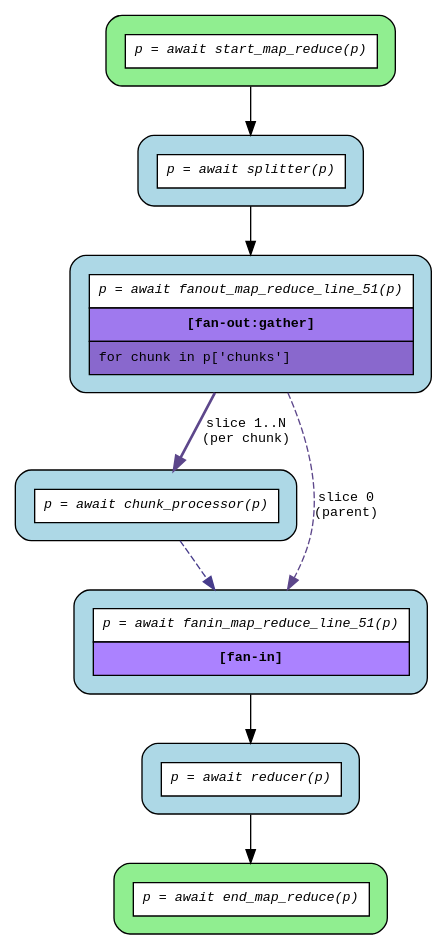
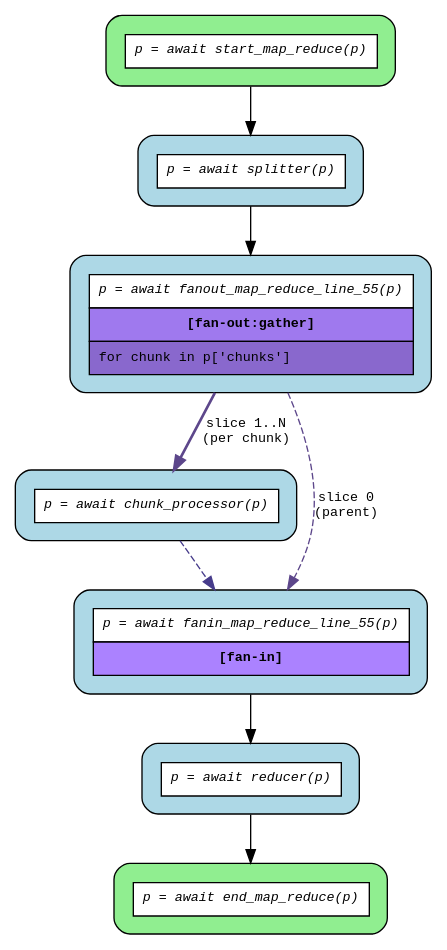
One commit to deliveryhero/asya changed the diagram in examples/flows/agentic/compiled/map_reduce/flow.dot. Above: the diagram before and after it, drawn with Graphviz. The commit also changed 252 other files, not shown here.

First line of the commit message:
fix(flow): add @flow decorator requirement to flow entry points

```diff
--- a/examples/flows/agentic/compiled/map_reduce/flow.dot
+++ b/examples/flows/agentic/compiled/map_reduce/flow.dot
@@ -1,22 +1,22 @@
 digraph flow {
   rankdir=TB;
   graph [fontname="Courier", fontsize=10];
   node [fontname="Courier", fontsize=10, shape=box, style="filled,rounded", margin="0.2"];
   edge [fontname="Courier", fontsize=10];
 
   start_map_reduce [fillcolor="lightgreen", group="main", label=<<table border="0" cellspacing="0" cellpadding="6" cellborder="1"><tr><td bgcolor="white" align="center"><i>p = await start_map_reduce(p)</i></td></tr></table>>];
-  fanout_map_reduce_line_51 [fillcolor="lightblue", group="main", label=<<table border="0" cellspacing="0" cellpadding="6" cellborder="1"><tr><td bgcolor="white" align="center"><i>p = await fanout_map_reduce_line_51(p)</i></td></tr><tr><td bgcolor="mediumpurple2" align="center"><b>[fan-out:gather]</b></td></tr><tr><td bgcolor="mediumpurple3" align="left">for chunk in p['chunks']</td></tr></table>>];
+  fanout_map_reduce_line_55 [fillcolor="lightblue", group="main", label=<<table border="0" cellspacing="0" cellpadding="6" cellborder="1"><tr><td bgcolor="white" align="center"><i>p = await fanout_map_reduce_line_55(p)</i></td></tr><tr><td bgcolor="mediumpurple2" align="center"><b>[fan-out:gather]</b></td></tr><tr><td bgcolor="mediumpurple3" align="left">for chunk in p['chunks']</td></tr></table>>];
   end_map_reduce [fillcolor="lightgreen", group="main", label=<<table border="0" cellspacing="0" cellpadding="6" cellborder="1"><tr><td bgcolor="white" align="center"><i>p = await end_map_reduce(p)</i></td></tr></table>>];
   chunk_processor [fillcolor="lightblue", label=<<table border="0" cellspacing="0" cellpadding="6" cellborder="1"><tr><td bgcolor="white" align="center"><i>p = await chunk_processor(p)</i></td></tr></table>>];
-  fanin_map_reduce_line_51 [fillcolor="lightblue", label=<<table border="0" cellspacing="0" cellpadding="6" cellborder="1"><tr><td bgcolor="white" align="center"><i>p = await fanin_map_reduce_line_51(p)</i></td></tr><tr><td bgcolor="mediumpurple1" align="center"><b>[fan-in]</b></td></tr></table>>];
+  fanin_map_reduce_line_55 [fillcolor="lightblue", label=<<table border="0" cellspacing="0" cellpadding="6" cellborder="1"><tr><td bgcolor="white" align="center"><i>p = await fanin_map_reduce_line_55(p)</i></td></tr><tr><td bgcolor="mediumpurple1" align="center"><b>[fan-in]</b></td></tr></table>>];
   reducer [fillcolor="lightblue", label=<<table border="0" cellspacing="0" cellpadding="6" cellborder="1"><tr><td bgcolor="white" align="center"><i>p = await reducer(p)</i></td></tr></table>>];
   splitter [fillcolor="lightblue", label=<<table border="0" cellspacing="0" cellpadding="6" cellborder="1"><tr><td bgcolor="white" align="center"><i>p = await splitter(p)</i></td></tr></table>>];
 
-  chunk_processor -> fanin_map_reduce_line_51 [color=slateblue4, style=dashed];
-  fanin_map_reduce_line_51 -> reducer;
-  fanout_map_reduce_line_51 -> chunk_processor [color=mediumpurple4, label="slice 1..N\n(per chunk)", style=bold];
-  fanout_map_reduce_line_51 -> fanin_map_reduce_line_51 [color=mediumpurple4, label="slice 0\n(parent)", style=dashed];
+  chunk_processor -> fanin_map_reduce_line_55 [color=slateblue4, style=dashed];
+  fanin_map_reduce_line_55 -> reducer;
+  fanout_map_reduce_line_55 -> chunk_processor [color=mediumpurple4, label="slice 1..N\n(per chunk)", style=bold];
+  fanout_map_reduce_line_55 -> fanin_map_reduce_line_55 [color=mediumpurple4, label="slice 0\n(parent)", style=dashed];
   reducer -> end_map_reduce;
-  splitter -> fanout_map_reduce_line_51;
+  splitter -> fanout_map_reduce_line_55;
   start_map_reduce -> splitter;
 }
```
